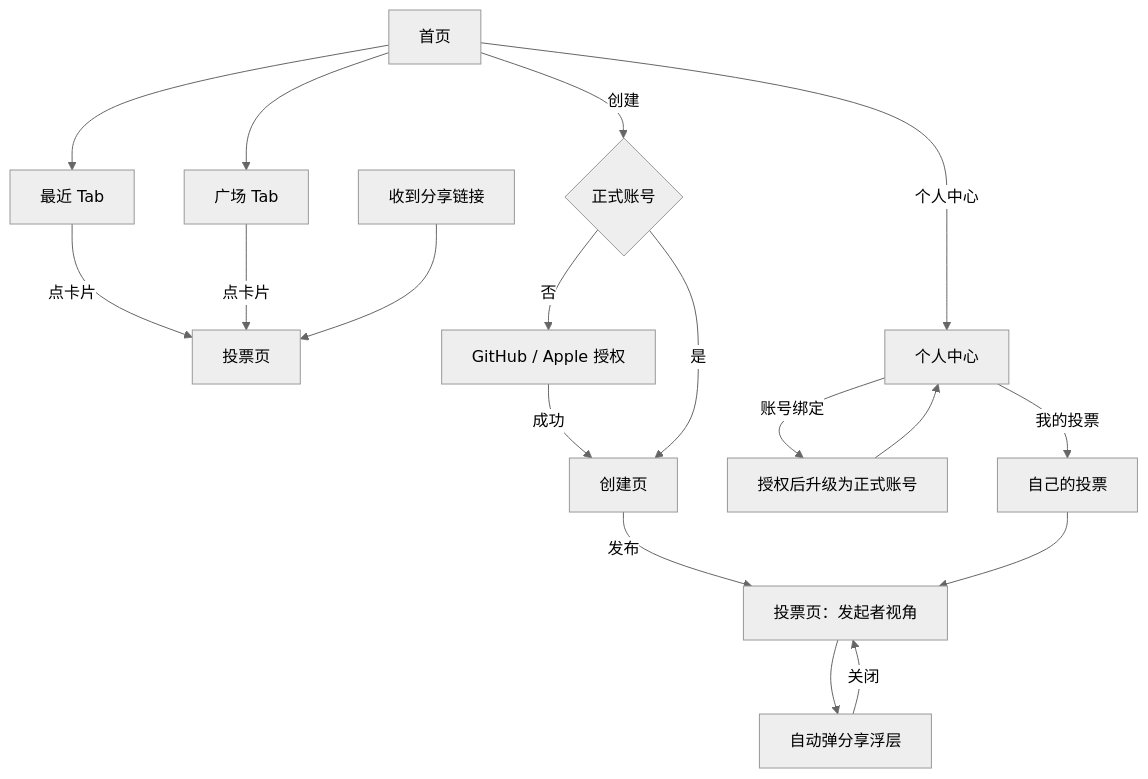
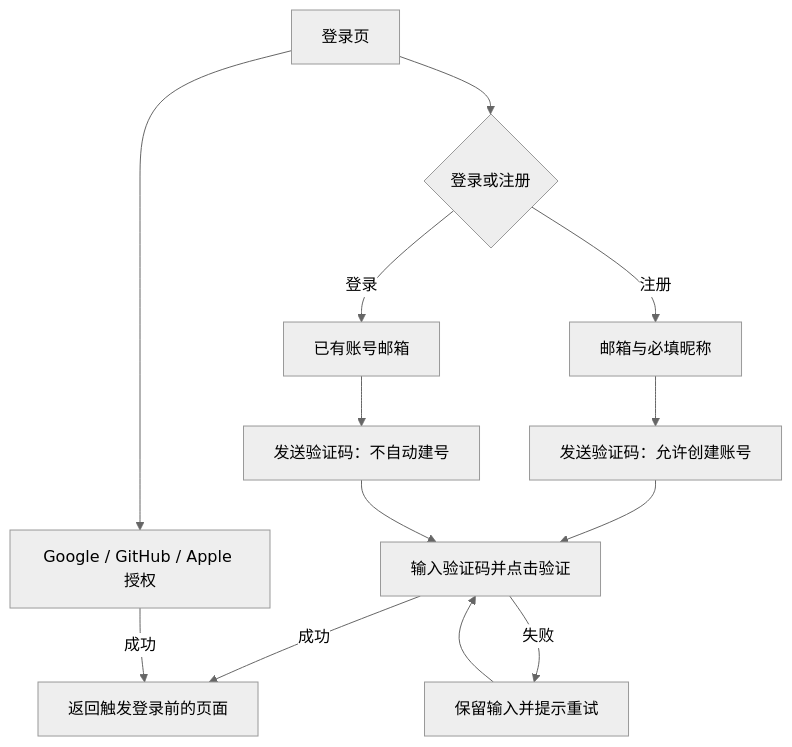
The first of 2 diagrams in docs/PRD.md (sd5913/The-Aliien-Repo), drawn with Mermaid (neutral theme) before and after one commit. The commit also changed other lines of this file and 6 other files, not shown here.

````diff
--- a/docs/PRD.md
+++ b/docs/PRD.md
@@ -167,20 +123,15 @@
 ```mermaid
 flowchart TD
-    H[首页] --> H1[最近 Tab]
-    H --> H2[广场 Tab]
-    H1 -->|点卡片| VP[投票页]
-    H2 -->|点卡片| VP
-    H -->|创建| A{正式账号}
-    A -->|否| L[GitHub / Apple 授权]
-    L -->|成功| C
-    A -->|是| C[创建页]
-    C -->|发布| VP2[投票页：发起者视角]
-    VP2 --> SF[自动弹分享浮层]
-    SF -->|关闭| VP2
-    H -->|个人中心| P[个人中心]
-    P -->|账号绑定| B[授权后升级为正式账号]
-    B --> P
-    P -->|我的投票| M[自己的投票]
-    M --> VP2
-    LK[收到分享链接] --> VP
+    A[登录页] --> B{登录或注册}
+    B -->|注册| C[邮箱与必填昵称]
+    B -->|登录| D[已有账号邮箱]
+    C --> E[发送验证码：允许创建账号]
+    D --> F[发送验证码：不自动建号]
+    E --> G[输入验证码并点击验证]
+    F --> G
+    G -->|成功| H[返回触发登录前的页面]
+    G -->|失败| I[保留输入并提示重试]
+    I --> G
+    A --> J[Google / GitHub / Apple 授权]
+    J -->|成功| H
 ```
````
